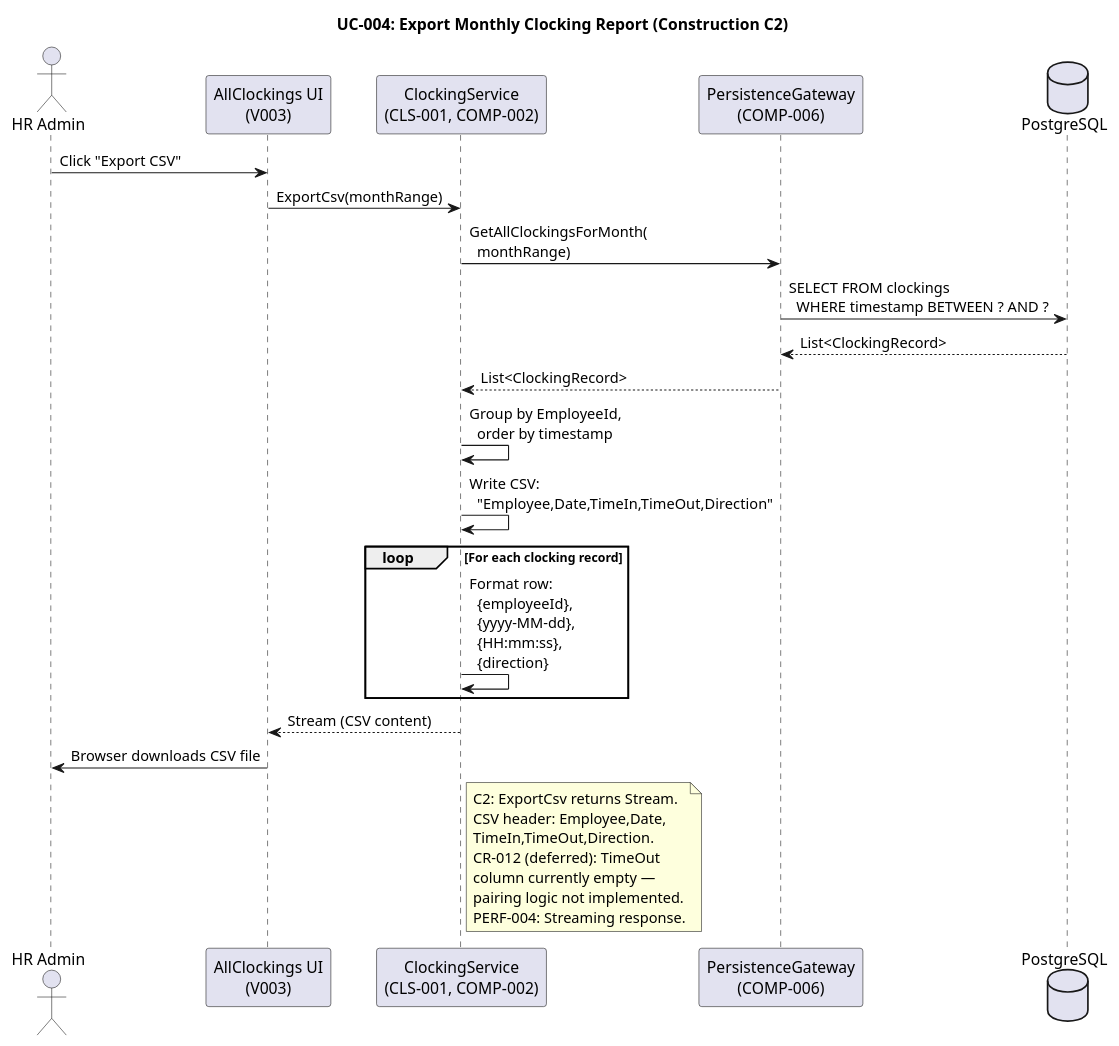
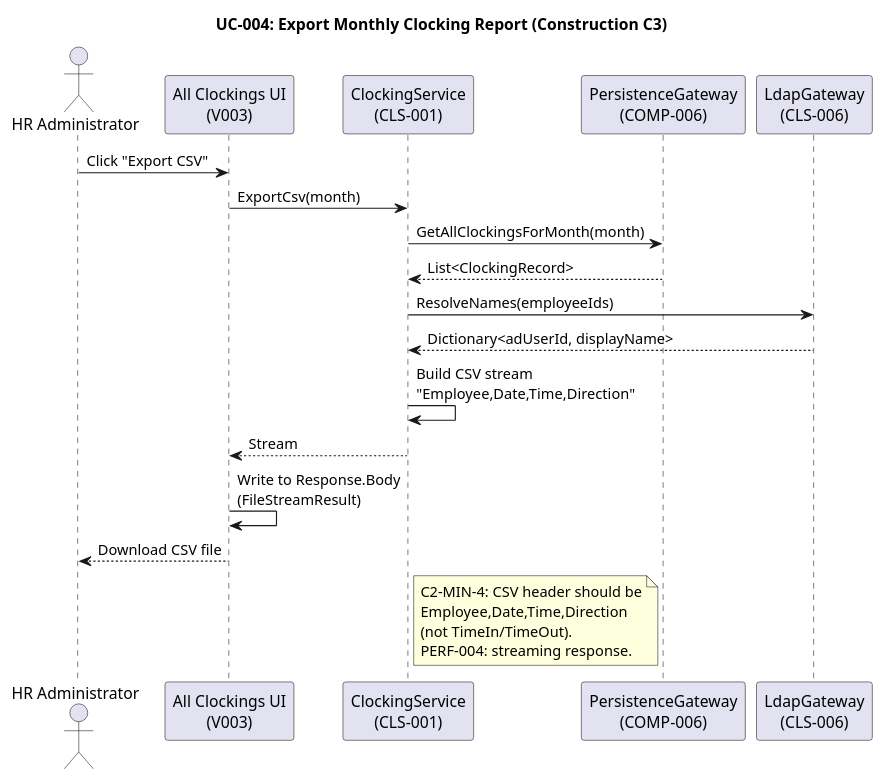
One commit to banense-test/portal-cuba-corp changed the fifth of 31 diagrams in docs/artifacts/analysis---design/design-model.md. Above: the diagram before and after it, drawn with PlantUML. The commit also changed other lines of this file, not shown here.

````diff
--- a/docs/artifacts/analysis---design/design-model.md
+++ b/docs/artifacts/analysis---design/design-model.md
@@ -450,37 +413,32 @@
 ```plantuml
 @startuml
-title UC-004: Export Monthly Clocking Report (Construction C2)
+title UC-004: Export Monthly Clocking Report (Construction C3)
 
-actor "HR Admin" as HR
-participant "AllClockings UI\n(V003)" as UI
-participant "ClockingService\n(CLS-001, COMP-002)" as SVC
+actor "HR Administrator" as HR
+participant "All Clockings UI\n(V003)" as UI
+participant "ClockingService\n(CLS-001)" as SVC
 participant "PersistenceGateway\n(COMP-006)" as DB
-database "PostgreSQL" as PG
+participant "LdapGateway\n(CLS-006)" as LDAP
 
 HR -> UI : Click "Export CSV"
-UI -> SVC : ExportCsv(monthRange)
-SVC -> DB : GetAllClockingsForMonth(\n  monthRange)
-DB -> PG : SELECT FROM clockings\n  WHERE timestamp BETWEEN ? AND ?
-PG --> DB : List<ClockingRecord>
+UI -> SVC : ExportCsv(month)
+SVC -> DB : GetAllClockingsForMonth(month)
 DB --> SVC : List<ClockingRecord>
 
-SVC -> SVC : Group by EmployeeId,\n  order by timestamp
-SVC -> SVC : Write CSV:\n  "Employee,Date,TimeIn,TimeOut,Direction"
-loop For each clocking record
-  SVC -> SVC : Format row:\n  {employeeId},\n  {yyyy-MM-dd},\n  {HH:mm:ss},\n  {direction}
-end
-SVC --> UI : Stream (CSV content)
-UI -> HR : Browser downloads CSV file
+SVC -> LDAP : ResolveNames(employeeIds)
+LDAP --> SVC : Dictionary<adUserId, displayName>
+
+SVC -> SVC : Build CSV stream\n"Employee,Date,Time,Direction"
+SVC --> UI : Stream
+UI -> UI : Write to Response.Body\n(FileStreamResult)
+UI --> HR : Download CSV file
 
 note right of SVC
-  C2: ExportCsv returns Stream.
-  CSV header: Employee,Date,
-  TimeIn,TimeOut,Direction.
-  CR-012 (deferred): TimeOut
-  column currently empty —
-  pairing logic not implemented.
-  PERF-004: Streaming response.
+  C2-MIN-4: CSV header should be
+  Employee,Date,Time,Direction
+  (not TimeIn/TimeOut).
+  PERF-004: streaming response.
 end note
 
 @enduml
 ```
````
